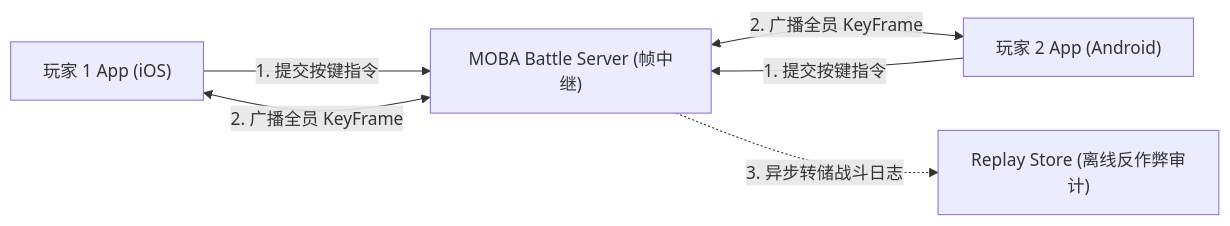
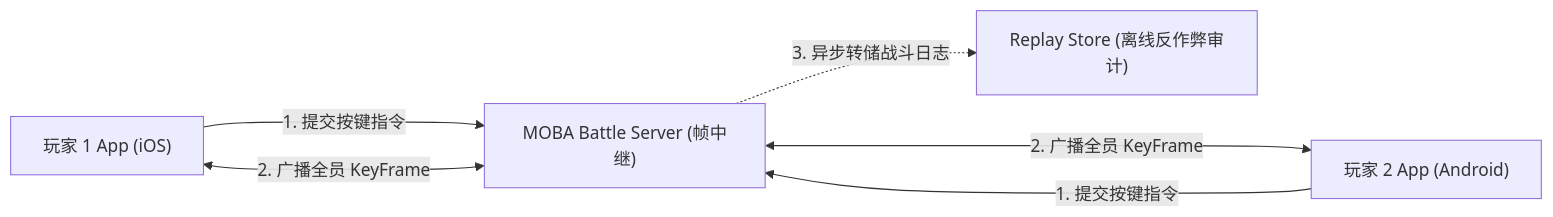
Before and after one commit to koosai/AI-Architect-Learning: the third of 6 diagrams in docs/atlas/moba-sync.mdx, drawn with Mermaid. The commit also changed 68 other files, not shown here.

Commit message:
fix(atlas): fix browser client-side Mermaid rendering for mindmaps and flowcharts across 67 case studies

````diff
--- a/docs/atlas/moba-sync.mdx
+++ b/docs/atlas/moba-sync.mdx
@@ -117,7 +117,7 @@
 ```mermaid
 graph LR
   Player1["玩家 1 App (iOS)"] -->|1. 提交按键指令| BattleServer["MOBA Battle Server (帧中继)"]
   Player2["玩家 2 App (Android)"] -->|1. 提交按键指令| BattleServer
-  BattleServer <-->|2. 广播全员 KeyFrame| Player1 & Player2
+  BattleServer <--->|2. 广播全员 KeyFrame| Player1 & Player2
   BattleServer -.->|3. 异步转储战斗日志| ReplayStore["Replay Store (离线反作弊审计)"]
 ```
````
